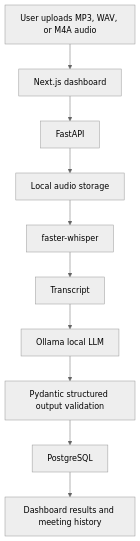
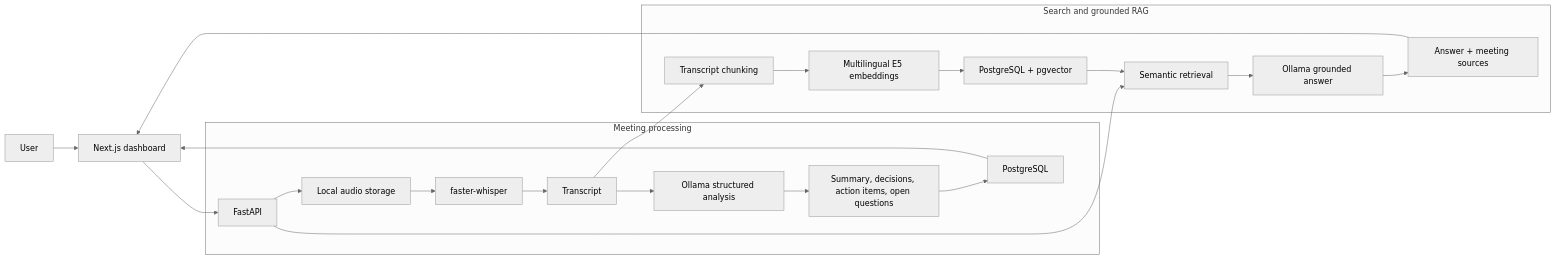
One commit to ProKesha/ai-meeting-assistant changed the diagram in README.md. Above: the diagram before and after it, drawn with Mermaid (neutral theme). The commit also changed other lines of this file and 49 other files, not shown here.

Commit message:
feat: complete AI meeting assistant V1 with grounded RAG

````diff
--- a/README.md
+++ b/README.md
@@ -9,12 +38,27 @@
 ```mermaid
-flowchart TD
-    A["User uploads MP3, WAV, or M4A audio"] --> B["Next.js dashboard"]
-    B --> C["FastAPI"]
-    C --> D["Local audio storage"]
-    D --> E["faster-whisper"]
-    E --> F["Transcript"]
-    F --> G["Ollama local LLM"]
-    G --> H["Pydantic structured output validation"]
-    H --> I["PostgreSQL"]
-    I --> J["Dashboard results and meeting history"]
+flowchart LR
+    User["User"] --> UI["Next.js dashboard"]
+    UI --> API["FastAPI"]
+
+    subgraph Processing["Meeting processing"]
+        API --> Audio["Local audio storage"]
+        Audio --> Whisper["faster-whisper"]
+        Whisper --> Transcript["Transcript"]
+        Transcript --> Analysis["Ollama structured analysis"]
+        Analysis --> MeetingData["Summary, decisions, action items, open questions"]
+        MeetingData --> PostgreSQL["PostgreSQL"]
+    end
+
+    subgraph Knowledge["Search and grounded RAG"]
+        Transcript --> Chunking["Transcript chunking"]
+        Chunking --> E5["Multilingual E5 embeddings"]
+        E5 --> Pgvector["PostgreSQL + pgvector"]
+        API --> Retrieval["Semantic retrieval"]
+        Pgvector --> Retrieval
+        Retrieval --> RAGOllama["Ollama grounded answer"]
+        RAGOllama --> Sources["Answer + meeting sources"]
+    end
+
+    Sources --> UI
+    PostgreSQL --> UI
 ```
````
